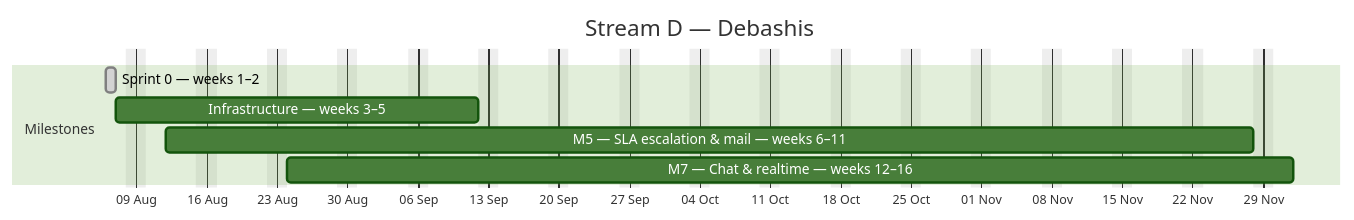
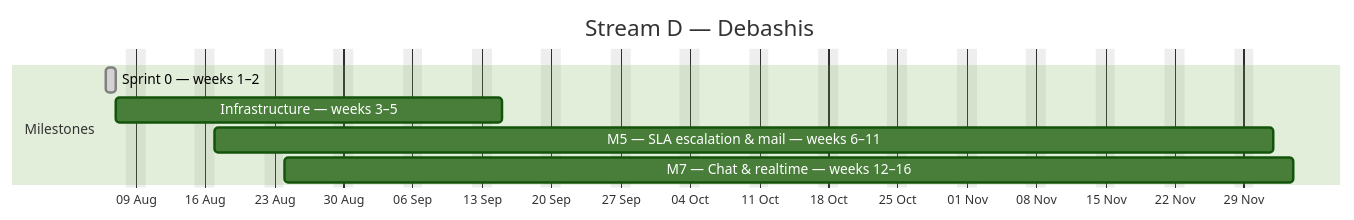
One commit to debashisedunext/EduTrack changed the fourth of 4 diagrams in docs/plan/GANTT.md. Above: the diagram before and after it, drawn with Mermaid (forest theme). The commit also changed other lines of this file and 3 other files, not shown here.

````diff
--- a/docs/plan/GANTT.md
+++ b/docs/plan/GANTT.md
@@ -155,12 +175,12 @@
 ```mermaid
 gantt
     dateFormat YYYY-MM-DD
     axisFormat %d %b
     title Stream D — Debashis
     excludes weekends
     section Milestones
     Sprint 0 — weeks 1–2 :done, d0, 2026-08-06, 1d
-    Infrastructure — weeks 3–5 :d1, 2026-08-07, 26d
-    M5 — SLA  escalation & mail — weeks 6–11 :d2, 2026-08-12, 78d
-    M7 — Chat & realtime — weeks 12–16 :d3, 2026-08-24, 72d
+    Infrastructure — weeks 3–5 :d1, 2026-08-07, 27d
+    M5 — SLA  escalation & mail — weeks 6–11 :d2, 2026-08-17, 77d
+    M7 — Chat & realtime — weeks 12–16 :d3, 2026-08-24, 74d
 ```
````
